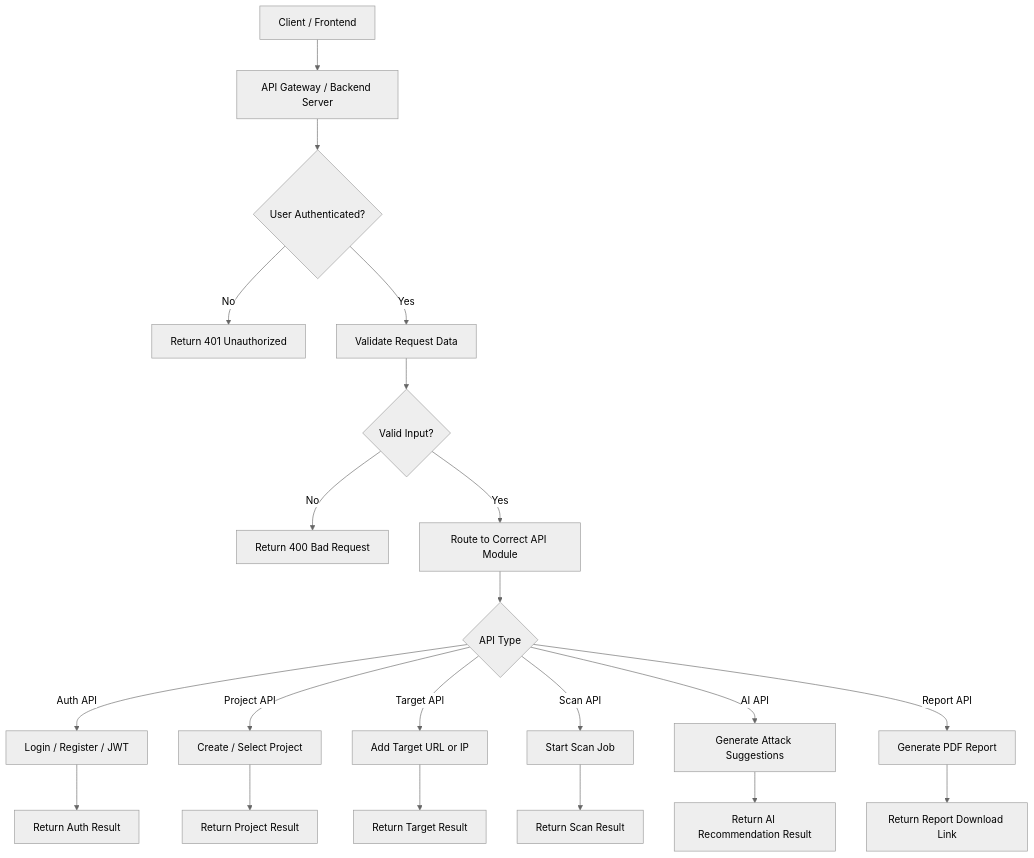
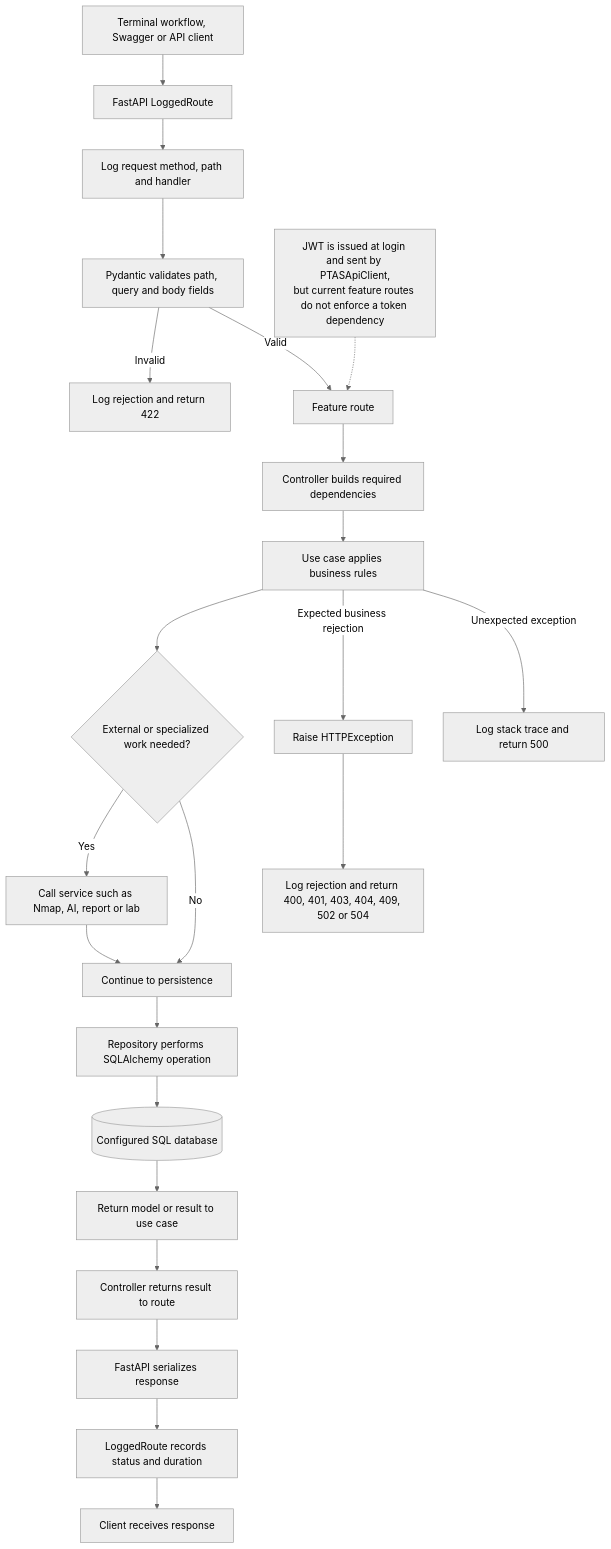
Before and after one commit to ChiragMenariyaCJ/AI-Powered-Penetration-Testing-Assist-System: the diagram in System Architecture Flow Charts/04_Workflows/API_Request_Lifecycle.mmd, drawn with Mermaid (neutral theme). The commit also changed 18 other files, not shown here.

Commit message:
Refactor mermaid code structure for improved readability and maintainability

```diff
--- a/System Architecture Flow Charts/04_Workflows/API_Request_Lifecycle.mmd
+++ b/System Architecture Flow Charts/04_Workflows/API_Request_Lifecycle.mmd
@@ -1,28 +1,27 @@
 flowchart TD
-    A[Client / Frontend] --> B[API Gateway / Backend Server]
+    A[Terminal workflow, Swagger or API client] --> B[FastAPI LoggedRoute]
+    B --> C[Log request method, path and handler]
+    C --> D[Pydantic validates path, query and body fields]
+    D -->|Invalid| E[Log rejection and return 422]
+    D -->|Valid| F[Feature route]
 
-    B --> C{User Authenticated?}
+    F --> G[Controller builds required dependencies]
+    G --> H[Use case applies business rules]
+    H --> I{External or specialized work needed?}
+    I -->|Yes| J[Call service such as Nmap, AI, report or lab]
+    I -->|No| K[Continue to persistence]
+    J --> K
+    K --> L[Repository performs SQLAlchemy operation]
+    L --> M[(Configured SQL database)]
+    M --> N[Return model or result to use case]
+    N --> O[Controller returns result to route]
+    O --> P[FastAPI serializes response]
+    P --> Q[LoggedRoute records status and duration]
+    Q --> R[Client receives response]
 
-    C -- No --> D[Return 401 Unauthorized]
-    C -- Yes --> E[Validate Request Data]
+    H -->|Expected business rejection| S[Raise HTTPException]
+    S --> T[Log rejection and return 400, 401, 403, 404, 409, 502 or 504]
+    H -->|Unexpected exception| U[Log stack trace and return 500]
 
-    E --> F{Valid Input?}
-
-    F -- No --> G[Return 400 Bad Request]
-    F -- Yes --> H[Route to Correct API Module]
-
-    H --> I{API Type}
-
-    I -- Auth API --> J[Login / Register / JWT]
-    I -- Project API --> K[Create / Select Project]
-    I -- Target API --> L[Add Target URL or IP]
-    I -- Scan API --> M[Start Scan Job]
-    I -- AI API --> N[Generate Attack Suggestions]
-    I -- Report API --> O[Generate PDF Report]
-
-    J --> P[Return Auth Result]
-    K --> Q[Return Project Result]
-    L --> R[Return Target Result]
-    M --> S[Return Scan Result]
-    N --> T[Return AI Recommendation Result]
-    O --> U[Return Report Download Link]
+    NOTE[JWT is issued at login and sent by PTASApiClient,<br/>but current feature routes do not enforce a token dependency]
+    NOTE -.-> F
```
